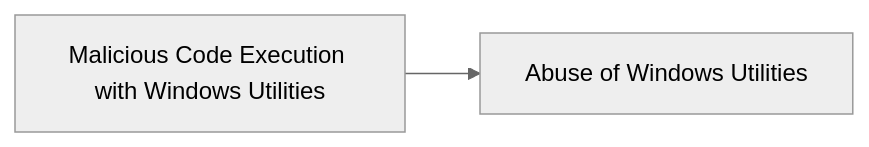
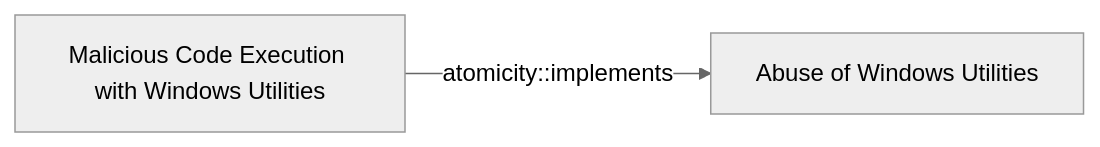
One commit to opentidehq/library changed the diagram in docs/threats/malicious-code-execution-with-windows-utilities.md. Above: the diagram before and after it, drawn with Mermaid (neutral theme). The commit also changed other lines of this file and 277 other files, not shown here.

````diff
--- a/docs/threats/malicious-code-execution-with-windows-utilities.md
+++ b/docs/threats/malicious-code-execution-with-windows-utilities.md
@@ -47,6 +85,6 @@
 ```mermaid
 flowchart LR
 d5892ae6_d022_4ac8_858c_c2756067cdac["Malicious Code Execution with Windows Utilities"]
 d5039f2c_9fcc_4ba3_ad6a_da8c891ba745["Abuse of Windows Utilities"]
-d5892ae6_d022_4ac8_858c_c2756067cdac --> d5039f2c_9fcc_4ba3_ad6a_da8c891ba745
+d5892ae6_d022_4ac8_858c_c2756067cdac -->|atomicity::implements| d5039f2c_9fcc_4ba3_ad6a_da8c891ba745
 ```
````
